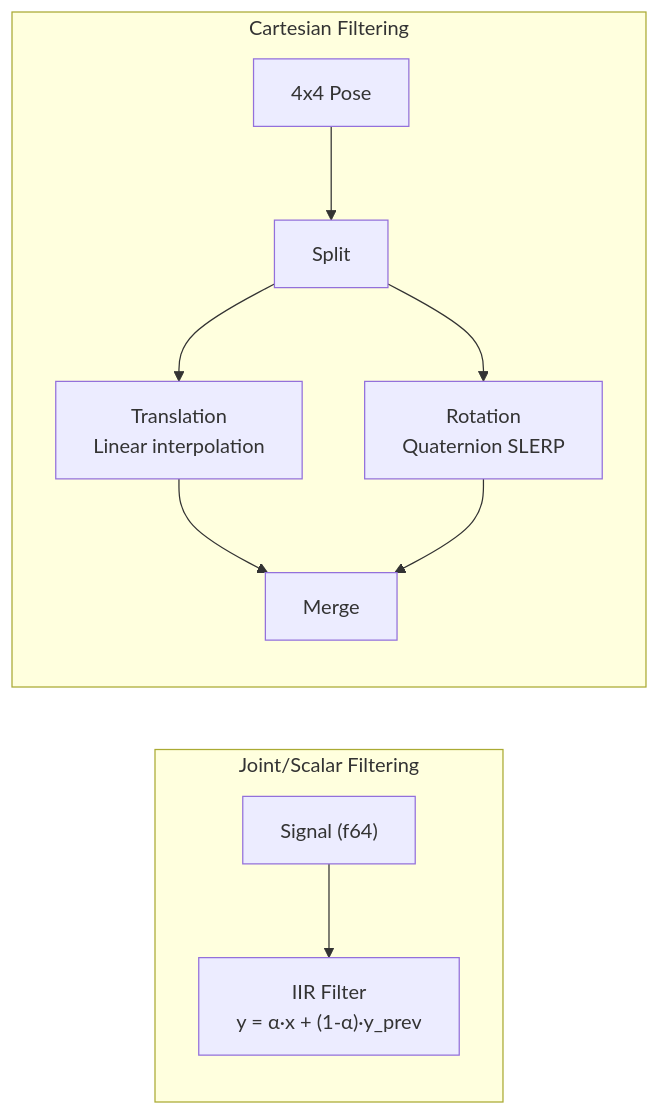
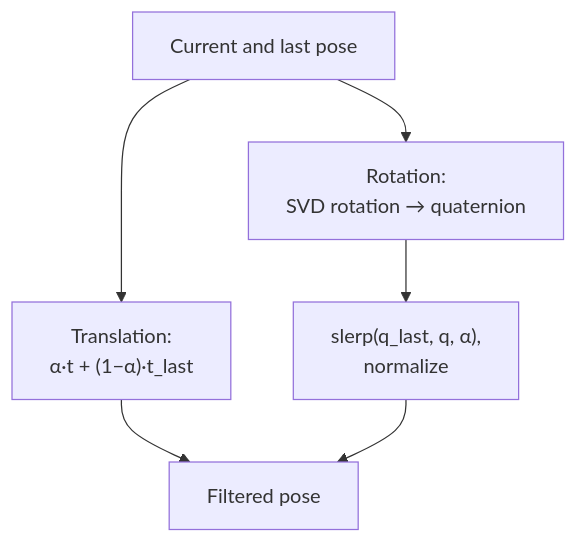
Before and after one commit to ColeTen/franka-rs: the diagram in docs/src/modules/lowpass-filter.md, drawn with Mermaid. The commit also changed other lines of this file and 28 other files, not shown here.

````diff
--- a/docs/src/modules/lowpass-filter.md
+++ b/docs/src/modules/lowpass-filter.md
@@ -9,16 +33,8 @@
 ```mermaid
-flowchart LR
-    subgraph "Joint/Scalar Filtering"
-        direction TB
-        JS["Signal (f64)"] --> IIR["IIR Filter<br/>y = α·x + (1-α)·y_prev"]
-    end
-
-    subgraph "Cartesian Filtering"
-        direction TB
-        MAT["4x4 Pose"] --> SPLIT["Split"]
-        SPLIT --> TRANS["Translation<br/>Linear interpolation"]
-        SPLIT --> ROT["Rotation<br/>Quaternion SLERP"]
-        TRANS --> MERGE["Merge"]
-        ROT --> MERGE
-    end
+flowchart TB
+    IN["Current and last pose"] --> T["Translation:<br/>α·t + (1−α)·t_last"]
+    IN --> R["Rotation:<br/>SVD rotation → quaternion"]
+    R --> S["slerp(q_last, q, α),<br/>normalize"]
+    T --> OUT["Filtered pose"]
+    S --> OUT
 ```
````
